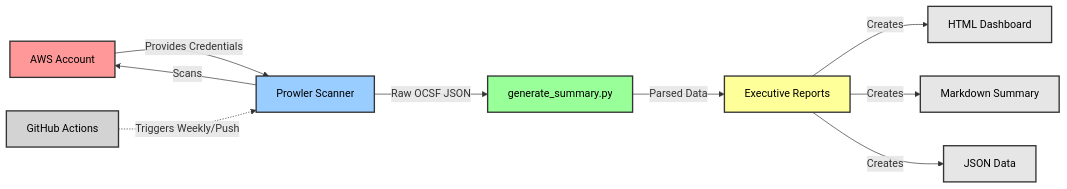
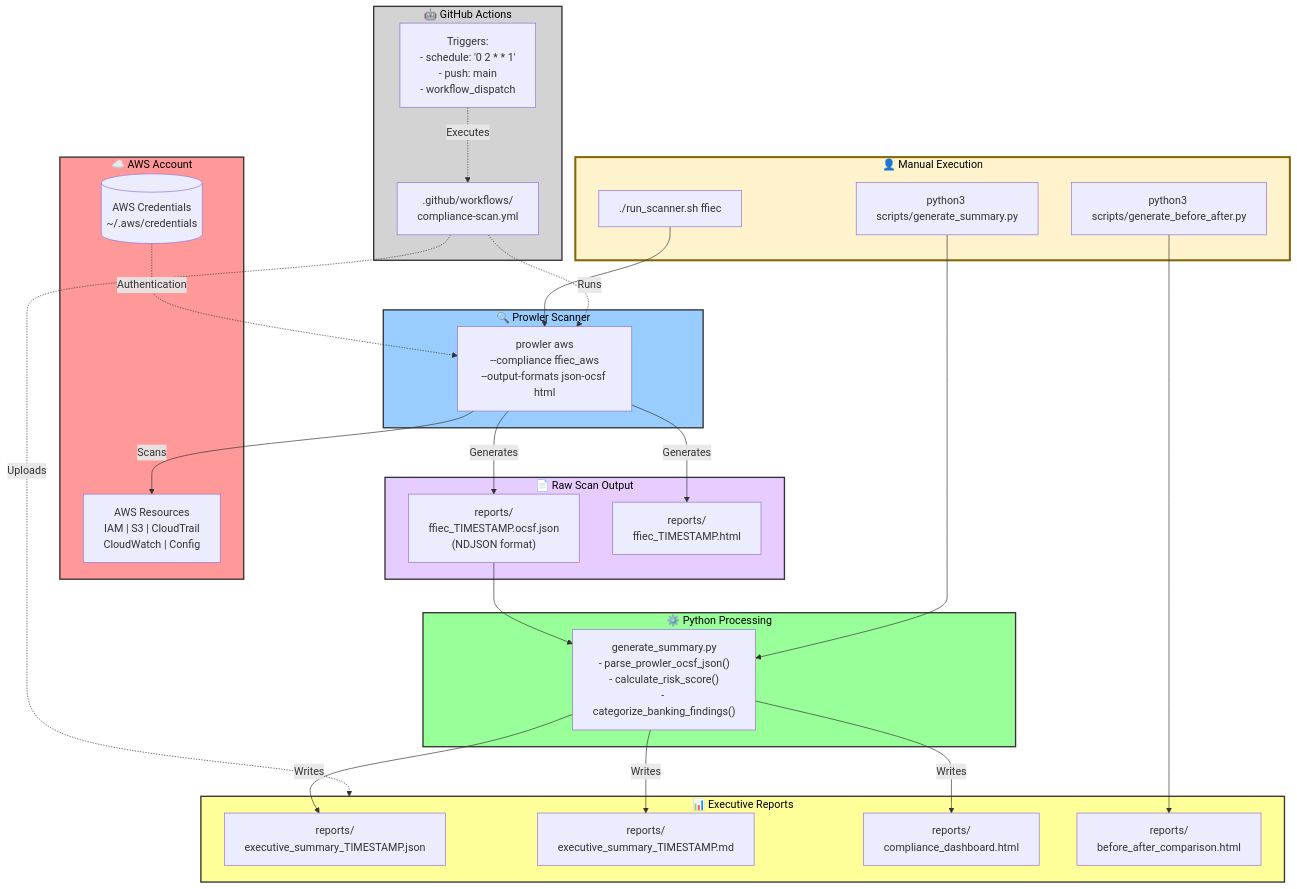
One commit to Taylorwaldo/cloud-banking-compliance-scanner changed the diagram in README.md. Above: the diagram before and after it, drawn with Mermaid.

Commit message:
Update README.md
This version shows for the diagram shows:

Exact commands you run (./run_scanner.sh ffiec)
File paths where outputs are saved
Script functions that process data
Subgroupings to organize the flow logically
Two execution paths: Manual (yellow box) vs Automated (gray box)
Data formats (NDJSON, JSON, HTML, Markdown)

````diff
--- a/README.md
+++ b/README.md
@@ -29,22 +29,64 @@
 ```mermaid
-flowchart LR
-    A[AWS Account] -->|Provides Credentials| B[Prowler Scanner]
-    B -->|Scans| A
-    B -->|Raw OCSF JSON| C[generate_summary.py]
-    C -->|Parsed Data| D[Executive Reports]
+flowchart TB
+    subgraph Manual["👤 Manual Execution"]
+        CMD1["./run_scanner.sh ffiec"]
+        CMD2["python3 scripts/generate_summary.py"]
+        CMD3["python3 scripts/generate_before_after.py"]
+    end
     
-    D -->|Creates| E[HTML Dashboard]
-    D -->|Creates| F[Markdown Summary]
-    D -->|Creates| G[JSON Data]
+    subgraph AWS["☁️ AWS Account"]
+        CREDS[("AWS Credentials<br/>~/.aws/credentials")]
+        RESOURCES["AWS Resources<br/>IAM | S3 | CloudTrail<br/>CloudWatch | Config"]
+    end
     
-    H[GitHub Actions] -.->|Triggers Weekly/Push| B
+    subgraph Scanner["🔍 Prowler Scanner"]
+        PROWLER["prowler aws<br/>--compliance ffiec_aws<br/>--output-formats json-ocsf html"]
+    end
     
-    style A fill:#ff9999,stroke:#333,stroke-width:2px,color:#000
-    style B fill:#99ccff,stroke:#333,stroke-width:2px,color:#000
-    style C fill:#99ff99,stroke:#333,stroke-width:2px,color:#000
-    style D fill:#ffff99,stroke:#333,stroke-width:2px,color:#000
-    style E fill:#e6e6e6,stroke:#333,stroke-width:2px,color:#000
-    style F fill:#e6e6e6,stroke:#333,stroke-width:2px,color:#000
-    style G fill:#e6e6e6,stroke:#333,stroke-width:2px,color:#000
-    style H fill:#d3d3d3,stroke:#333,stroke-width:2px,color:#000
+    subgraph RawOutput["📄 Raw Scan Output"]
+        OCSF["reports/<br/>ffiec_TIMESTAMP.ocsf.json<br/>(NDJSON format)"]
+        HTML1["reports/<br/>ffiec_TIMESTAMP.html"]
+    end
+    
+    subgraph Processing["⚙️ Python Processing"]
+        PARSER["generate_summary.py<br/>- parse_prowler_ocsf_json()<br/>- calculate_risk_score()<br/>- categorize_banking_findings()"]
+    end
+    
+    subgraph FinalReports["📊 Executive Reports"]
+        JSON["reports/<br/>executive_summary_TIMESTAMP.json"]
+        MD["reports/<br/>executive_summary_TIMESTAMP.md"]
+        DASH["reports/<br/>compliance_dashboard.html"]
+        COMPARE["reports/<br/>before_after_comparison.html"]
+    end
+    
+    subgraph Automation["🤖 GitHub Actions"]
+        TRIGGER["Triggers:<br/>- schedule: '0 2 * * 1'<br/>- push: main<br/>- workflow_dispatch"]
+        WORKFLOW[".github/workflows/<br/>compliance-scan.yml"]
+    end
+    
+    CMD1 --> PROWLER
+    CREDS -.->|Authentication| PROWLER
+    PROWLER -->|Scans| RESOURCES
+    PROWLER -->|Generates| OCSF
+    PROWLER -->|Generates| HTML1
+    
+    OCSF --> PARSER
+    CMD2 --> PARSER
+    PARSER -->|Writes| JSON
+    PARSER -->|Writes| MD
+    PARSER -->|Writes| DASH
+    
+    CMD3 --> COMPARE
+    
+    TRIGGER -.->|Executes| WORKFLOW
+    WORKFLOW -.->|Runs| PROWLER
+    WORKFLOW -.->|Uploads| FinalReports
+    
+    style Manual fill:#fff3cd,stroke:#856404,stroke-width:3px,color:#000
+    style AWS fill:#ff9999,stroke:#333,stroke-width:2px,color:#000
+    style Scanner fill:#99ccff,stroke:#333,stroke-width:2px,color:#000
+    style RawOutput fill:#e6ccff,stroke:#333,stroke-width:2px,color:#000
+    style Processing fill:#99ff99,stroke:#333,stroke-width:2px,color:#000
+    style FinalReports fill:#ffff99,stroke:#333,stroke-width:2px,color:#000
+    style Automation fill:#d3d3d3,stroke:#333,stroke-width:2px,color:#000
 ```
````
